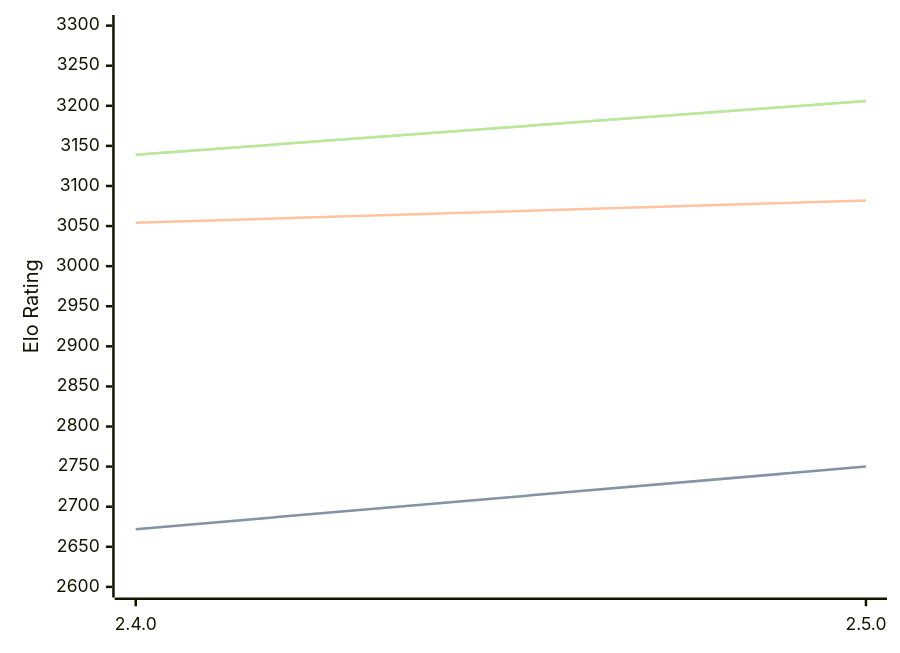
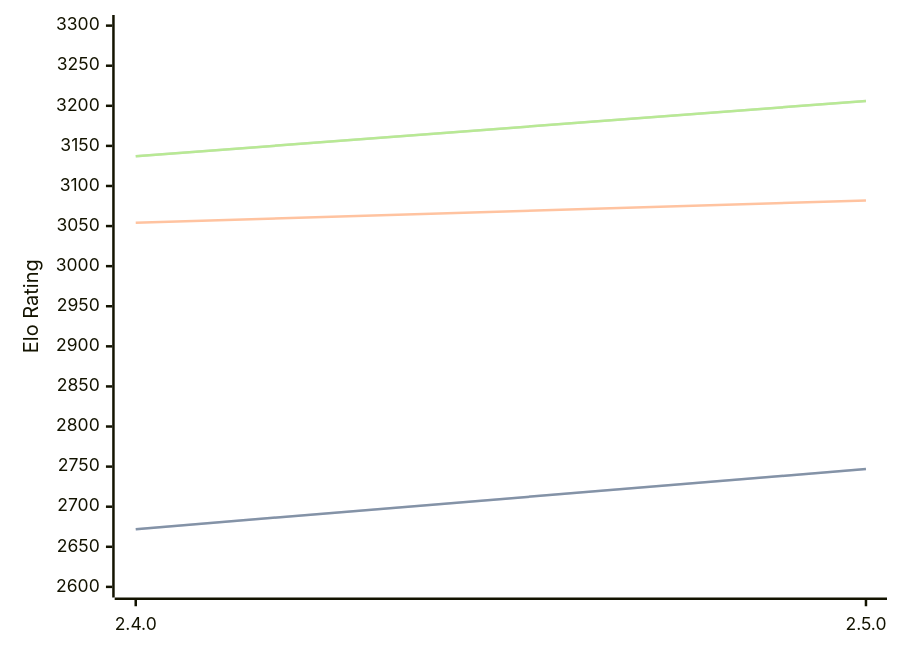
One commit to computer-chess-index/cci changed the diagram in engines/Sturddle2.md. Above: the diagram before and after it, drawn with Mermaid. The commit also changed other lines of this file, not shown here.

Commit message:
Update CCI Ratings (ELO VLTC) - 2026-02-27

````diff
--- a/engines/Sturddle2.md
+++ b/engines/Sturddle2.md
@@ -35,11 +35,11 @@
 ```mermaid
 %%{init: {"theme":"base","themeVariables":{"seriesColors:['#a3a3a3','#222221','#faa371']}}}%%
 xychart-beta
   x-axis ["2.4.0", "2.5.0"]
   y-axis "Elo Rating" 2600 --> 3300
-  line "STC (8.0+0.08s)" [2672, 2750]
-  line "STC (8.0+0.08s)" [2672, 2750]
+  line "STC (8.0+0.08s)" [2672, 2747]
+  line "STC (8.0+0.08s)" [2672, 2747]
   line "LTC (60.0+0.60s)" [3054, 3082]
-  line "VLTC (2m24s+1.12s)" [3139, 3206]
-  line "VLTC (2m24s+1.12s)" [3139, 3206]
+  line "VLTC (2m24s+1.12s)" [3137, 3206]
+  line "VLTC (2m24s+1.12s)" [3137, 3206]
 ```
````
